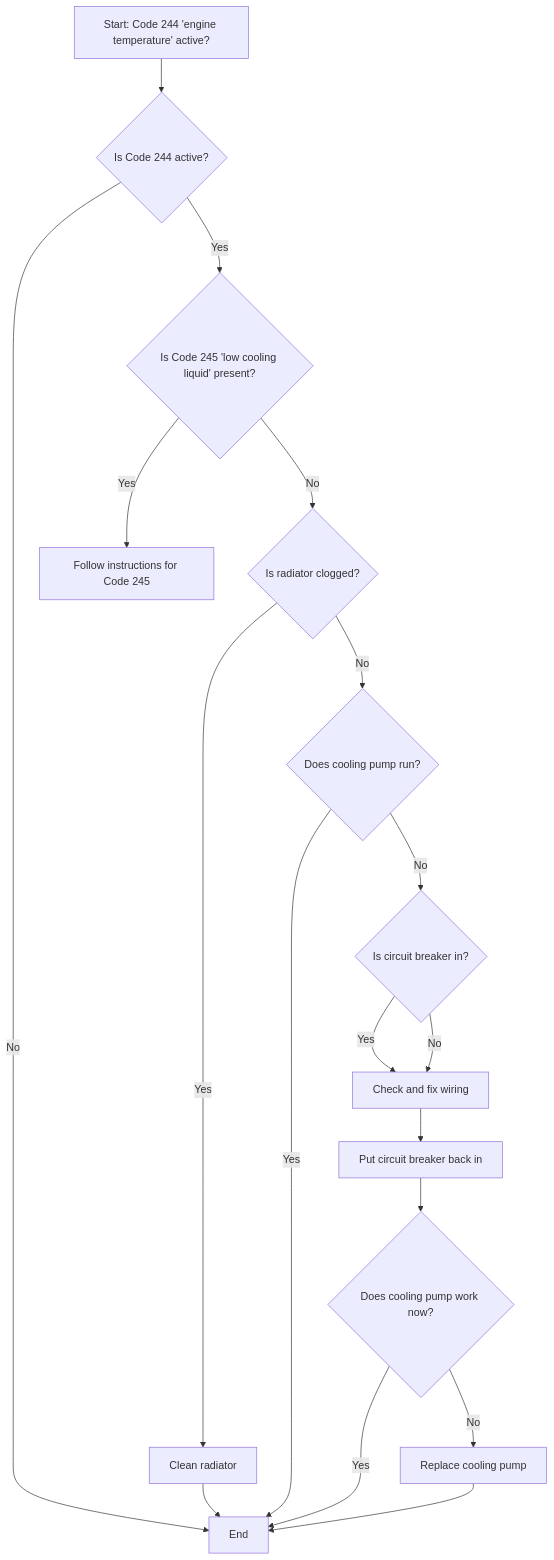
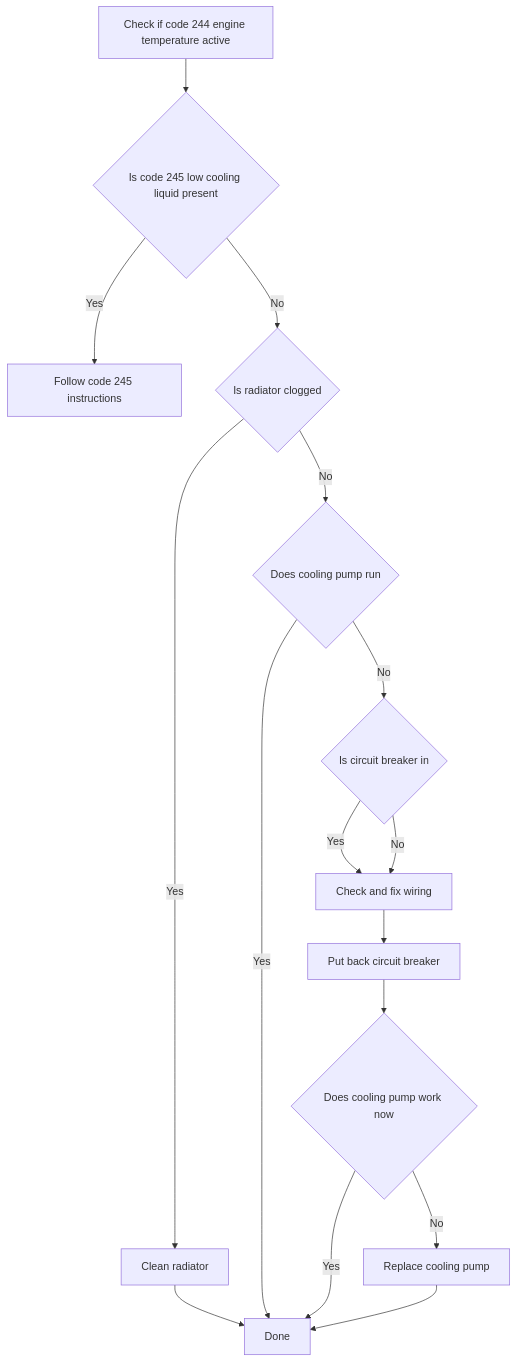
One commit to beaumanvienna/JarvisAgent changed the first of 3 diagrams in example/workflows/vehicleTroubleshootingGuide_task04.md. Above: the diagram before and after it, drawn with Mermaid. The commit also changed other lines of this file and 48 other files, not shown here.

````diff
--- a/example/workflows/vehicleTroubleshootingGuide_task04.md
+++ b/example/workflows/vehicleTroubleshootingGuide_task04.md
@@ -13,20 +13,14 @@
 ```mermaid
 flowchart TD
-    A[Start: Code 244 'engine temperature' active?] --> B{Is Code 244 active?}
-    B -- No --> Z[End]
-    B -- Yes --> C{Is Code 245 'low cooling liquid' present?}
-    C -- Yes --> D[Follow instructions for Code 245]
-    C -- No --> E{Is radiator clogged?}
-    E -- Yes --> F[Clean radiator]
-    F --> Z
-    E -- No --> G{Does cooling pump run?}
-    G -- Yes --> Z
-    G -- No --> H{Is circuit breaker in?}
-    H -- Yes --> I[Check and fix wiring]
-    I --> J[Put circuit breaker back in]
-    J --> K{Does cooling pump work now?}
-    K -- Yes --> Z
-    K -- No --> L[Replace cooling pump]
-    L --> Z
-    H -- No --> I
+    A["Check if code 244 engine temperature active"] --> B{"Is code 245 low cooling liquid present"}
+    B -->|"Yes"| C["Follow code 245 instructions"]
+    B -->|"No"| D{"Is radiator clogged"}
+    D -->|"Yes"| E["Clean radiator"] --> F["Done"]
+    D -->|"No"| G{"Does cooling pump run"}
+    G -->|"Yes"| F
+    G -->|"No"| H{"Is circuit breaker in"}
+    H -->|"Yes"| I["Check and fix wiring"] --> J["Put back circuit breaker"] --> K{"Does cooling pump work now"}
+    H -->|"No"| I
+    K -->|"Yes"| F
+    K -->|"No"| L["Replace cooling pump"] --> F
 ```
````
